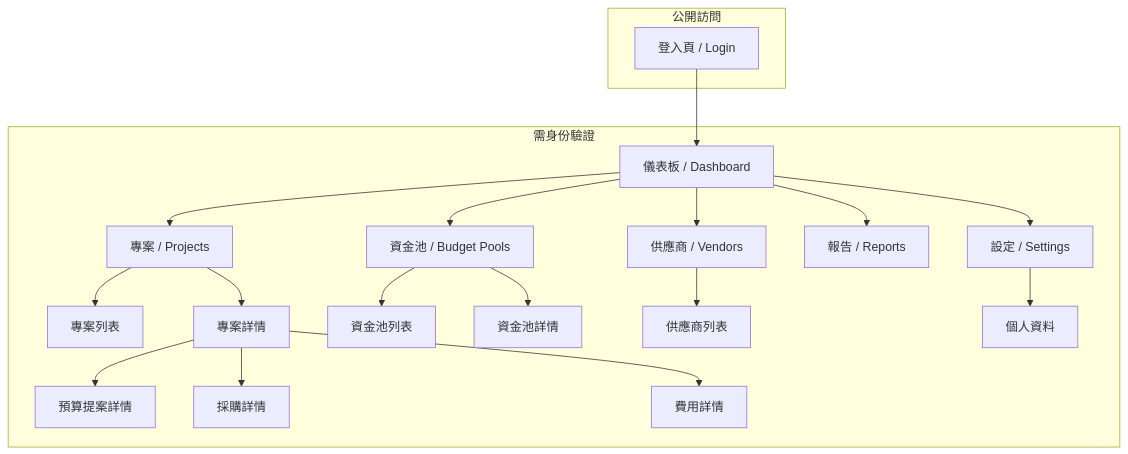
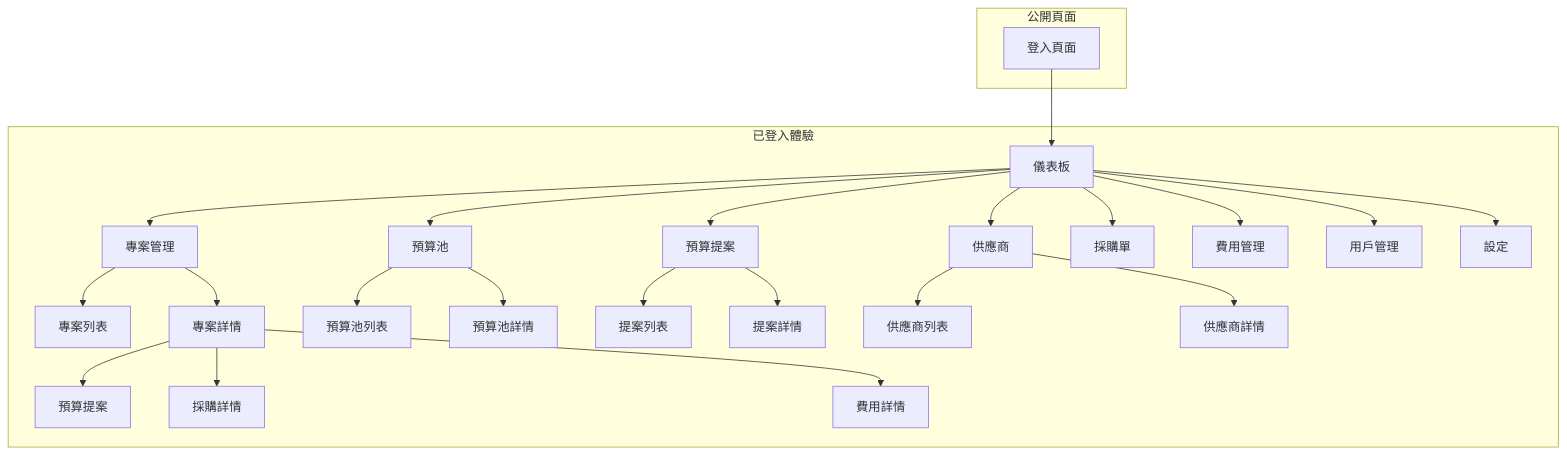
The first of 2 diagrams in docs/front-end-spec.md (laitim2001/ai-it-project-process-management-webapp), drawn with Mermaid before and after one commit. The commit also changed other lines of this file and 67 other files, not shown here.

````diff
--- a/docs/front-end-spec.md
+++ b/docs/front-end-spec.md
@@ -40,29 +81,32 @@
 ```mermaid
 graph TD
-    subgraph "需身份驗證"
-        A[儀表板 / Dashboard] --> B[專案 / Projects];
-        A --> C[資金池 / Budget Pools];
-        A --> D[供應商 / Vendors];
-        A --> E[報告 / Reports];
-        A --> F[設定 / Settings];
+    subgraph 已登入體驗
+        A[儀表板] --> B[專案管理];
+        A --> C[預算池];
+        A --> D[預算提案];
+        A --> E[供應商];
+        A --> F[採購單];
+        A --> G[費用管理];
+        A --> H[用戶管理];
+        A --> I[設定];
 
         B --> B1[專案列表];
         B --> B2[專案詳情];
-        B2 --> B2a[預算提案詳情];
+        B2 --> B2a[預算提案];
         B2 --> B2b[採購詳情];
         B2 --> B2c[費用詳情];
 
-        C --> C1[資金池列表];
-        C --> C2[資金池詳情];
+        C --> C1[預算池列表];
+        C --> C2[預算池詳情];
 
-        D --> D1[供應商列表];
+        D --> D1[提案列表];
+        D --> D2[提案詳情];
 
-        F --> F1[個人資料];
+        E --> E1[供應商列表];
+        E --> E2[供應商詳情];
     end
 
-    subgraph "公開訪問"
-        Z[登入頁 / Login]
+    subgraph 公開頁面
+        Z[登入頁面] --> A;
     end
-
-    Z --> A;
 ```
````
